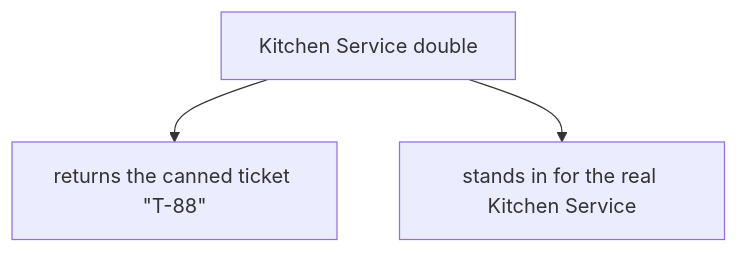
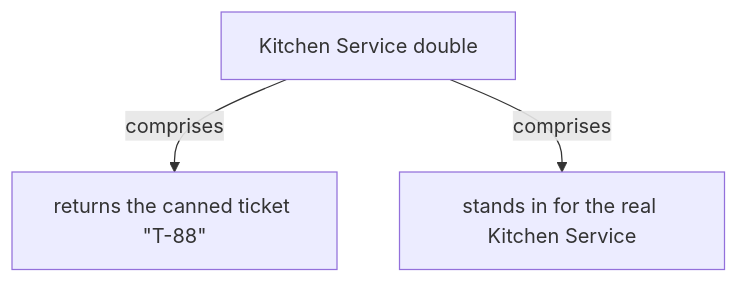
One commit to vinayakuber/microservices-io-study-guide changed the seventh of 13 diagrams in docs/ch27-service-component-test.md. Above: the diagram before and after it, drawn with Mermaid. The commit also changed other lines of this file and 71 other files, not shown here.

First line of the commit message:
R18: label every diagram arrow with its meaning

````diff
--- a/docs/ch27-service-component-test.md
+++ b/docs/ch27-service-component-test.md
@@ -247,6 +247,6 @@
 ```mermaid
 flowchart TD
   R["Kitchen Service double"]
-  R --> P0["returns the canned ticket #quot;T-88#quot;"]
-  R --> P1["stands in for the real Kitchen Service"]
+  R -->|"comprises"| P0["returns the canned ticket #quot;T-88#quot;"]
+  R -->|"comprises"| P1["stands in for the real Kitchen Service"]
 ```
````
